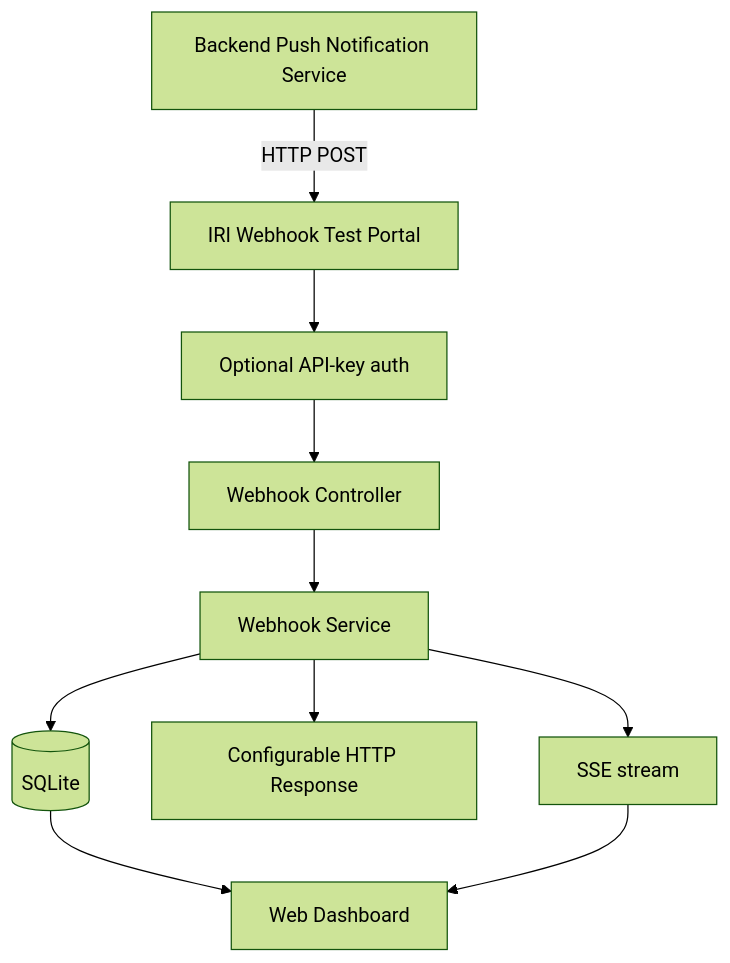
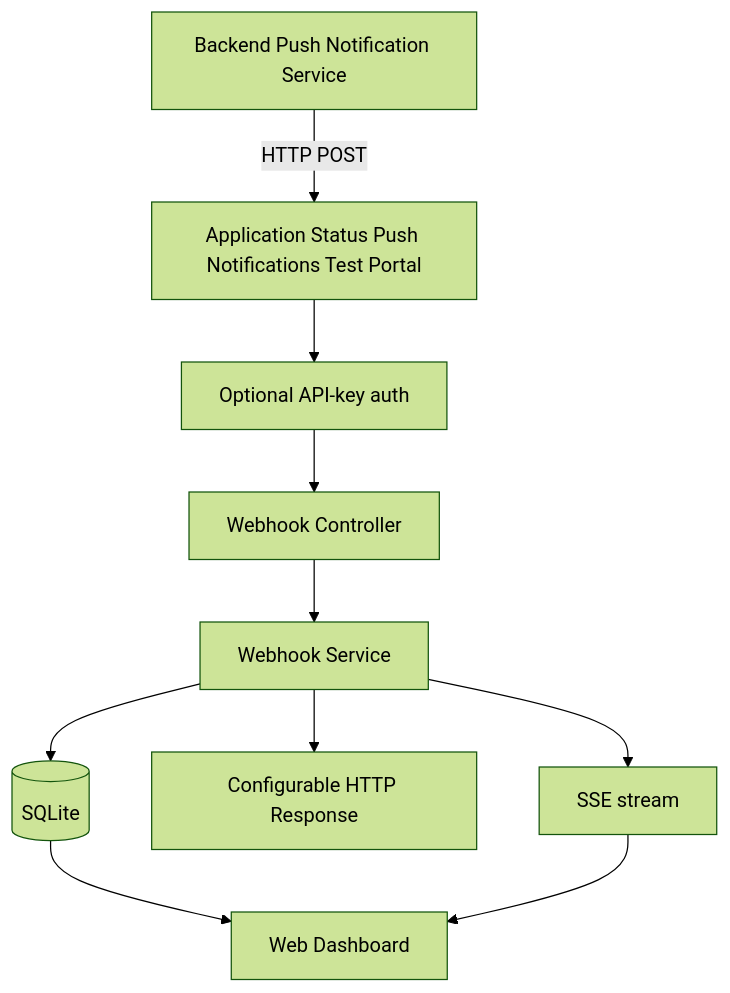
Before and after one commit to jyndrkhole/AI-Coding-Mini-Projects: the diagram in IRI Push Webhook App/README.md, drawn with Mermaid (forest theme). The commit also changed other lines of this file and 12 other files, not shown here.

Commit message:
Rename the app to Application Status Push Notifications Test Portal.

````diff
--- a/IRI Push Webhook App/README.md
+++ b/IRI Push Webhook App/README.md
@@ -27,13 +27,13 @@
 ```mermaid
 flowchart TD
     A[Backend Push Notification Service]
-      -->|HTTP POST| B[IRI Webhook Test Portal]
+      -->|HTTP POST| B[Application Status Push Notifications Test Portal]
     B --> C[Optional API-key auth]
     C --> D[Webhook Controller]
     D --> E[Webhook Service]
     E --> F[(SQLite)]
     E --> G[Configurable HTTP Response]
     F --> H[Web Dashboard]
     E --> I[SSE stream]
     I --> H
 ```
````
